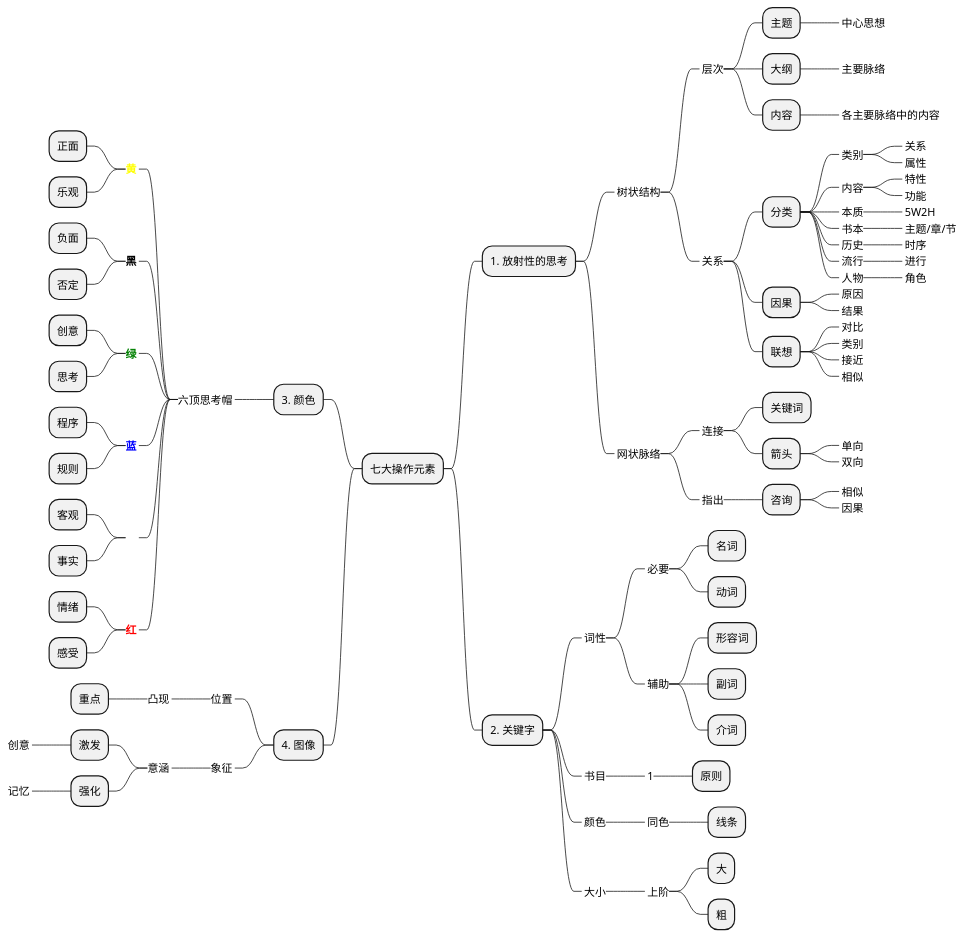
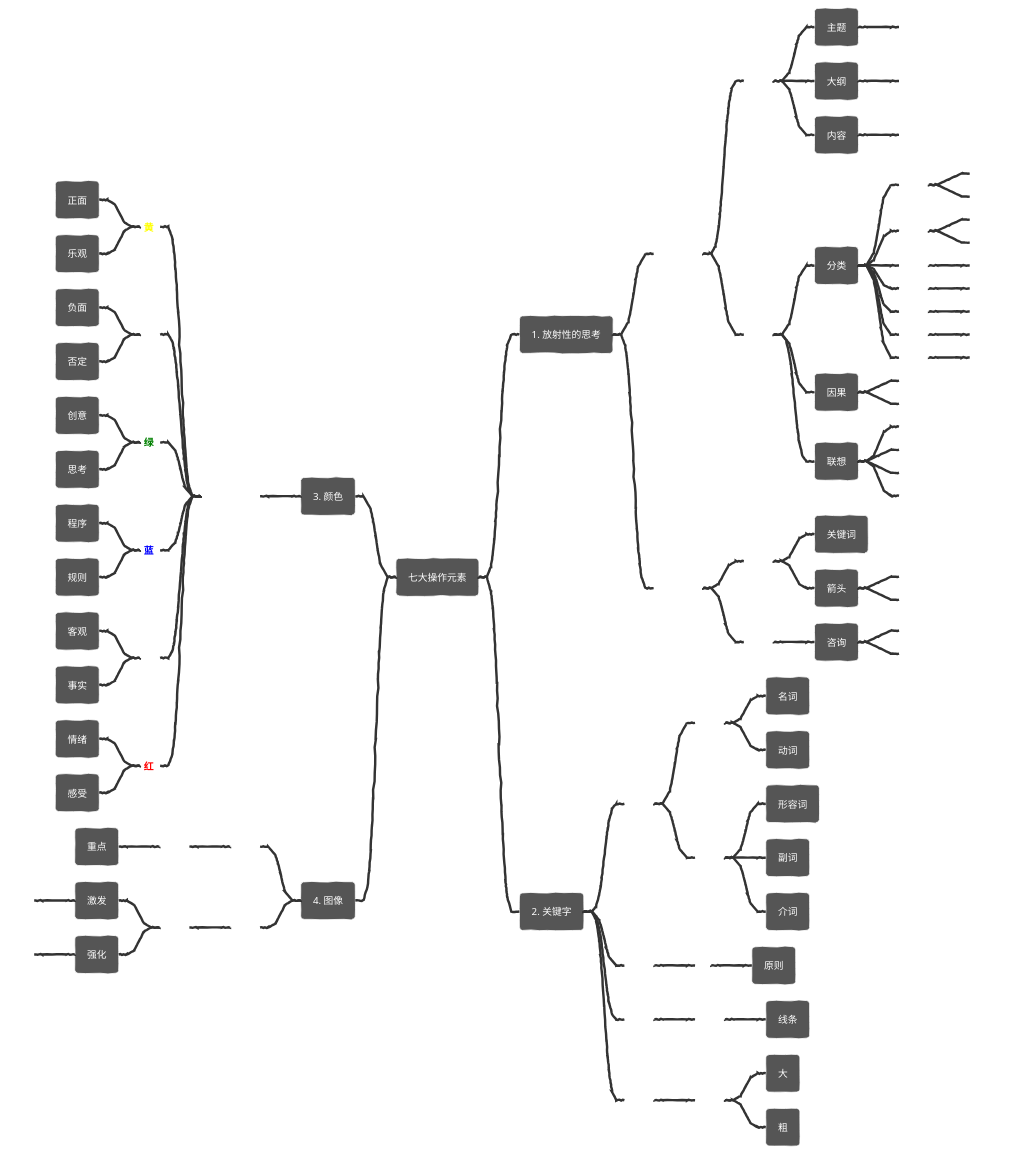
Before and after one commit to lanren365/notes: the diagram in 杂项/思维导图法诀.md, drawn with PlantUML. The commit also changed 80 other files, not shown here.

````diff
--- a/杂项/思维导图法诀.md
+++ b/杂项/思维导图法诀.md
@@ -3,5 +3,6 @@
 ```puml
 @startmindmap
+!theme sketchy
 + 七大操作元素
 ++ 1. 放射性的思考
 +++_ 树状结构
````
